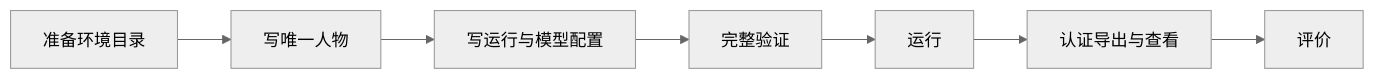
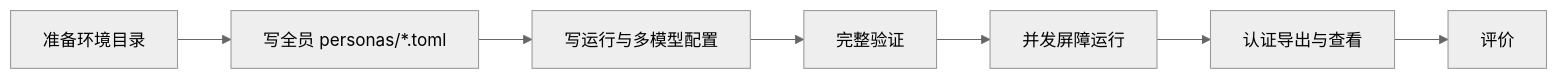
The diagram in docs/manual/README.md (HoldThatThgt/WorldMock), drawn with Mermaid (neutral theme) before and after one commit. The commit also changed other lines of this file and 19 other files, not shown here.

````diff
--- a/docs/manual/README.md
+++ b/docs/manual/README.md
@@ -9,9 +9,9 @@
 ```mermaid
 flowchart LR
-    Dataset[准备环境目录] --> Persona[写唯一人物]
-    Persona --> Config[写运行与模型配置]
-    Config --> Validate[完整验证]
-    Validate --> Run[运行]
-    Run --> Export[认证导出与查看]
-    Export --> Evaluate[评价]
+    Dataset["准备环境目录"] --> Persona["写全员 personas/*.toml"]
+    Persona --> Config["写运行与多模型配置"]
+    Config --> Validate["完整验证"]
+    Validate --> Run["并发屏障运行"]
+    Run --> Export["认证导出与查看"]
+    Export --> Evaluate["评价"]
 ```
````
